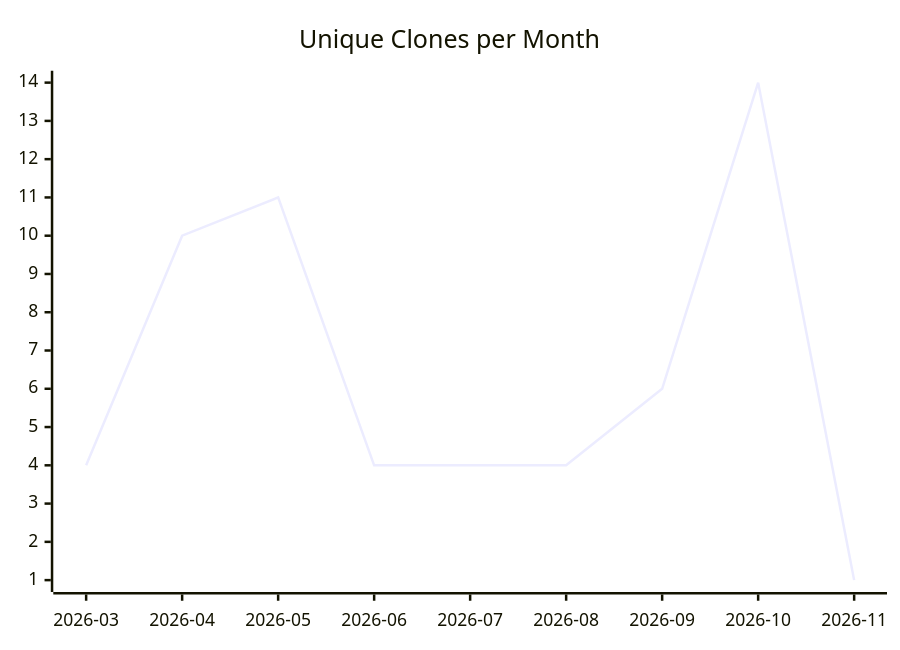
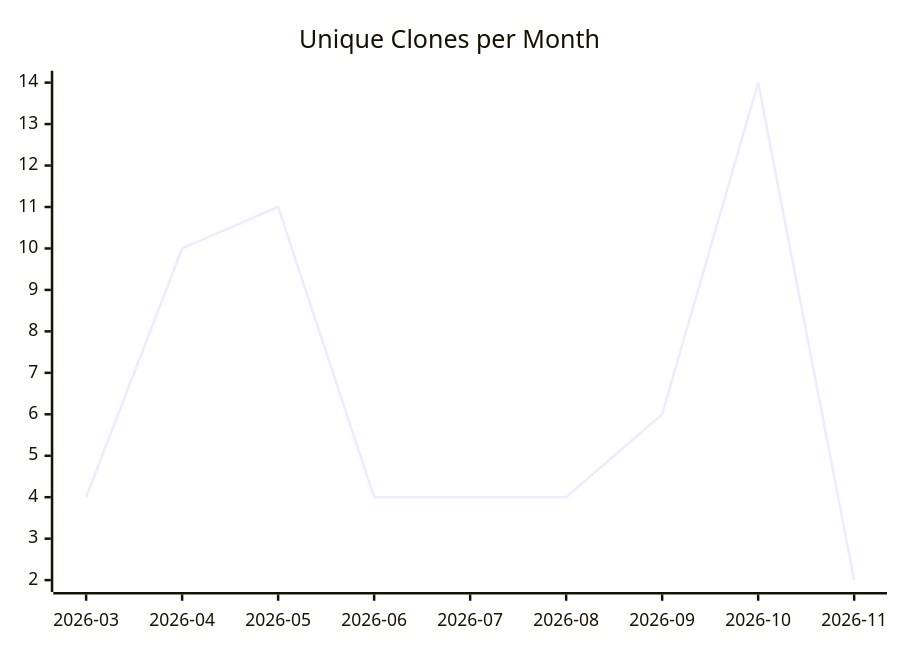
One commit to justdavis-family/github-analytics-data changed the third of 3 diagrams in karlmdavis/workstation-base-ansible-role/README.md. Above: the diagram before and after it, drawn with Mermaid. The commit also changed other lines of this file and 193 other files, not shown here.

````diff
--- a/karlmdavis/workstation-base-ansible-role/README.md
+++ b/karlmdavis/workstation-base-ansible-role/README.md
@@ -19,6 +19,6 @@
 ```mermaid
 xychart-beta
   title "Unique Clones per Month"
   x-axis ["2026-03", "2026-04", "2026-05", "2026-06", "2026-07", "2026-08", "2026-09", "2026-10", "2026-11"]
-  line [4, 10, 11, 4, 4, 4, 6, 14, 1]
+  line [4, 10, 11, 4, 4, 4, 6, 14, 2]
 ```
````
